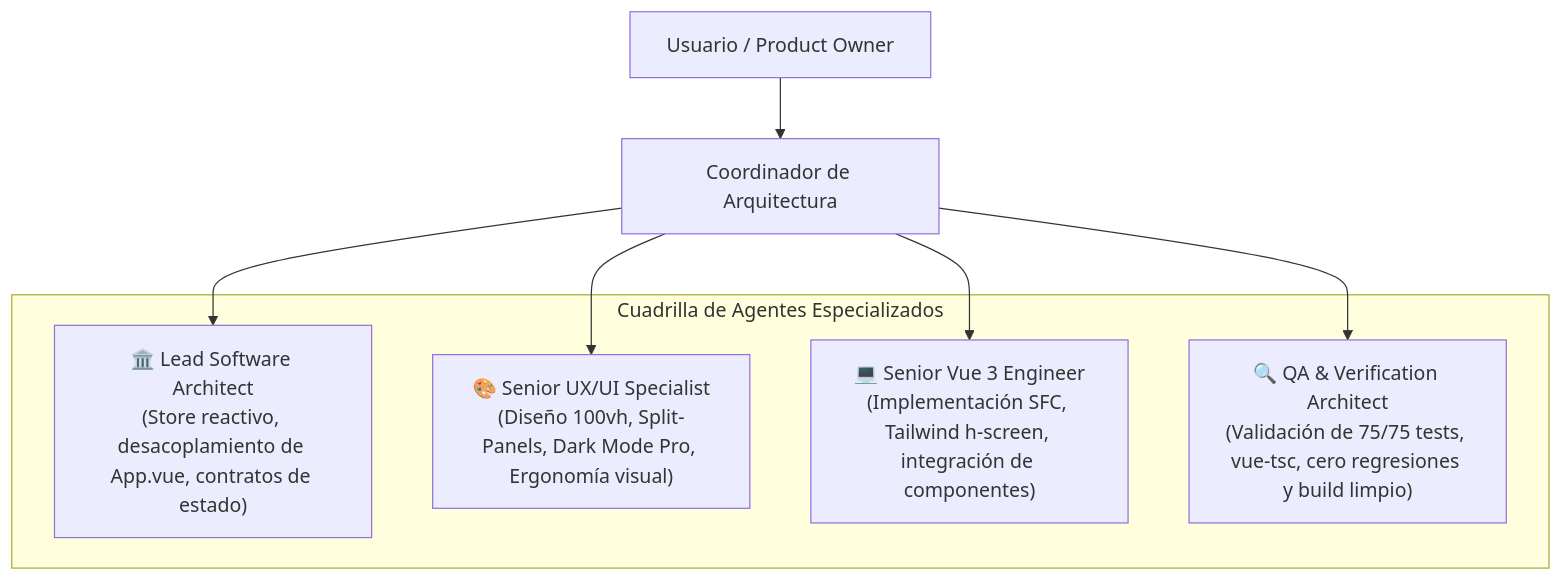
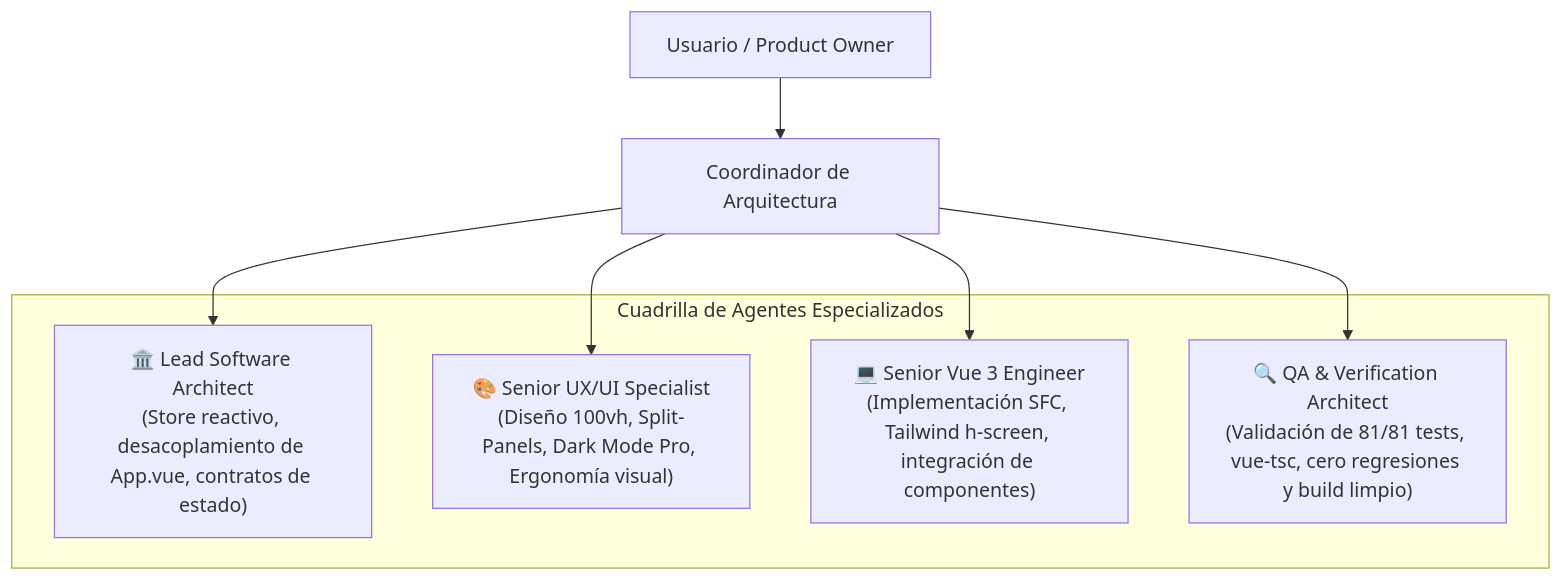
The first of 2 diagrams in PLAN_WORKSPACE_FULLSCREEN.md (MauricioVega01/stage-plan), drawn with Mermaid before and after one commit. The commit also changed other lines of this file and 13 other files, not shown here.

````diff
--- a/PLAN_WORKSPACE_FULLSCREEN.md
+++ b/PLAN_WORKSPACE_FULLSCREEN.md
@@ -11,16 +11,16 @@
 ```mermaid
 graph TD
     User["Usuario / Product Owner"] --> Coord["Coordinador de Arquitectura"]
     
     subgraph Squad["Cuadrilla de Agentes Especializados"]
         Arch["🏛️ Lead Software Architect<br/>(Store reactivo, desacoplamiento de App.vue, contratos de estado)"]
         UX["🎨 Senior UX/UI Specialist<br/>(Diseño 100vh, Split-Panels, Dark Mode Pro, Ergonomía visual)"]
         Dev["💻 Senior Vue 3 Engineer<br/>(Implementación SFC, Tailwind h-screen, integración de componentes)"]
-        QA["🔍 QA & Verification Architect<br/>(Validación de 75/75 tests, vue-tsc, cero regresiones y build limpio)"]
+        QA["🔍 QA & Verification Architect<br/>(Validación de 81/81 tests, vue-tsc, cero regresiones y build limpio)"]
     end
 
     Coord --> Arch
     Coord --> UX
     Coord --> Dev
     Coord --> QA
 ```
````
